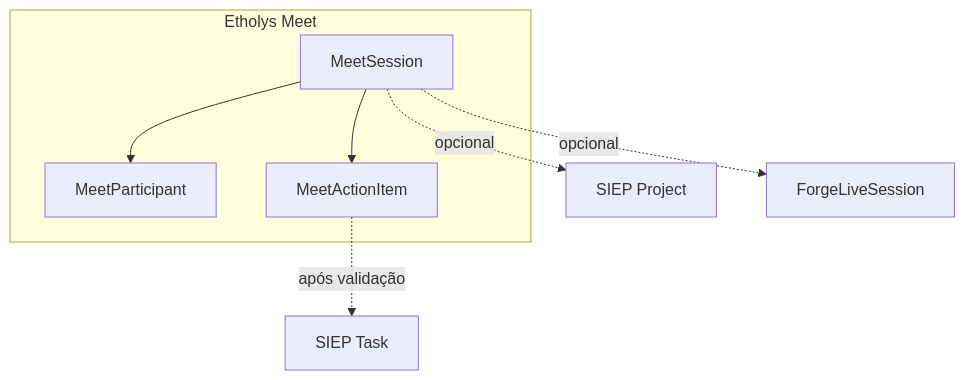
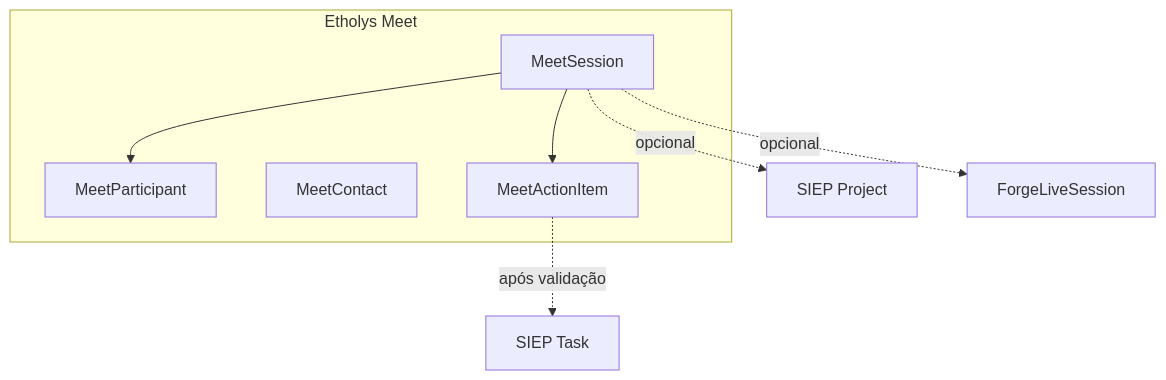
One commit to etholys/etholys changed the diagram in docs/architecture/etholys-meet.md. Above: the diagram before and after it, drawn with Mermaid. The commit also changed other lines of this file and 15 other files, not shown here.

````diff
--- a/docs/architecture/etholys-meet.md
+++ b/docs/architecture/etholys-meet.md
@@ -73,14 +80,15 @@
 ```mermaid
 flowchart TB
   subgraph motor [Etholys Meet]
     Session[MeetSession]
     Part[MeetParticipant]
+    Contact[MeetContact]
     Action[MeetActionItem]
   end
 
   Session --> Part
   Session --> Action
   Session -.->|opcional| Project[SIEP Project]
   Session -.->|opcional| Live[ForgeLiveSession]
   Action -.->|após validação| Task[SIEP Task]
 ```
````
